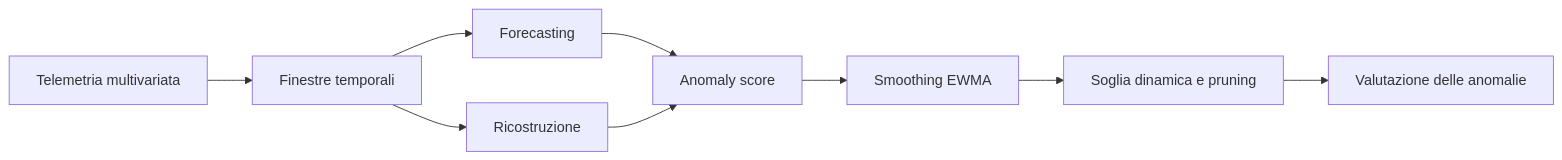
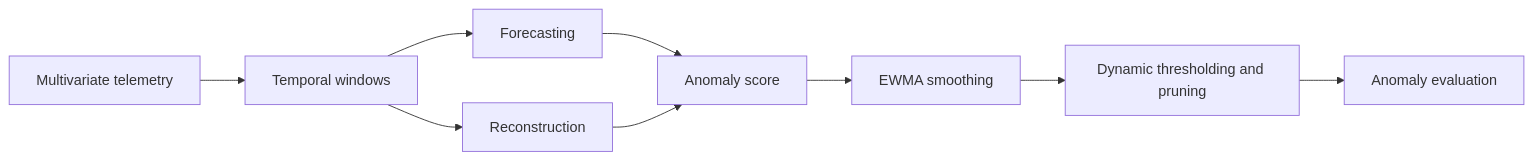
One commit to LucianoScarpino/Anomaly_Detection_Nasa_SMAP changed the diagram in README.md. Above: the diagram before and after it, drawn with Mermaid. The commit also changed other lines of this file, not shown here.

````diff
--- a/README.md
+++ b/README.md
@@ -34,11 +34,11 @@
 ```mermaid
 flowchart LR
-    A[Telemetria multivariata] --> B[Finestre temporali]
+    A[Multivariate telemetry] --> B[Temporal windows]
     B --> C[Forecasting]
-    B --> D[Ricostruzione]
+    B --> D[Reconstruction]
     C --> E[Anomaly score]
     D --> E
-    E --> F[Smoothing EWMA]
-    F --> G[Soglia dinamica e pruning]
-    G --> H[Valutazione delle anomalie]
+    E --> F[EWMA smoothing]
+    F --> G[Dynamic thresholding and pruning]
+    G --> H[Anomaly evaluation]
 ```
````
